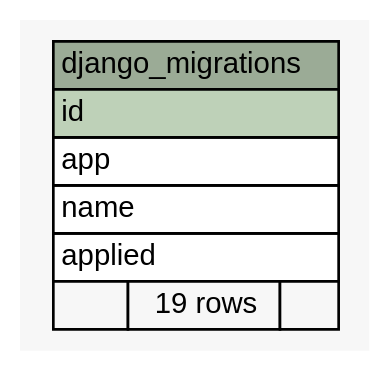
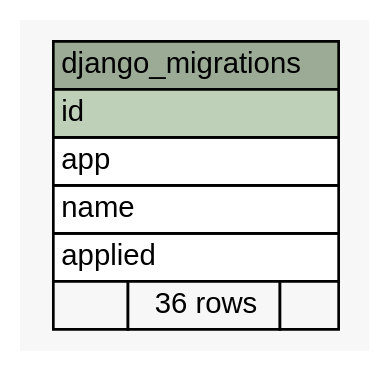
The diagram in db-schema/diagrams/summary/django_migrations.1degree.dot (molonc/colossus), drawn with Graphviz before and after one commit. The commit also changed 159 other files, not shown here.

Commit message:
KRONOS-258 database schema update

```diff
--- a/db-schema/diagrams/summary/django_migrations.1degree.dot
+++ b/db-schema/diagrams/summary/django_migrations.1degree.dot
@@ -1,33 +1,33 @@
 // dot 2.36.0 on Mac OS X 10.9.5
 // SchemaSpy rev 590
 digraph "django_migrations" {
   graph [
     rankdir="RL"
     bgcolor="#f7f7f7"
     nodesep="0.18"
     ranksep="0.46"
     fontname="Helvetica"
     fontsize="11"
   ];
   node [
     fontname="Helvetica"
     fontsize="11"
     shape="plaintext"
   ];
   edge [
     arrowsize="0.8"
   ];
   "django_migrations" [
     label=<
     <TABLE BORDER="0" CELLBORDER="1" CELLSPACING="0" BGCOLOR="#ffffff">
       <TR><TD COLSPAN="3" BGCOLOR="#9bab96" ALIGN="CENTER">django_migrations</TD></TR>
       <TR><TD PORT="id" COLSPAN="3" BGCOLOR="#bed1b8" ALIGN="LEFT">id</TD></TR>
       <TR><TD PORT="app" COLSPAN="3" ALIGN="LEFT">app</TD></TR>
       <TR><TD PORT="name" COLSPAN="3" ALIGN="LEFT">name</TD></TR>
       <TR><TD PORT="applied" COLSPAN="3" ALIGN="LEFT">applied</TD></TR>
-      <TR><TD ALIGN="LEFT" BGCOLOR="#f7f7f7">  </TD><TD ALIGN="RIGHT" BGCOLOR="#f7f7f7">19 rows</TD><TD ALIGN="RIGHT" BGCOLOR="#f7f7f7">  </TD></TR>
+      <TR><TD ALIGN="LEFT" BGCOLOR="#f7f7f7">  </TD><TD ALIGN="RIGHT" BGCOLOR="#f7f7f7">36 rows</TD><TD ALIGN="RIGHT" BGCOLOR="#f7f7f7">  </TD></TR>
     </TABLE>>
     URL="tables/django_migrations.html"
     tooltip="django_migrations"
   ];
 }
```
